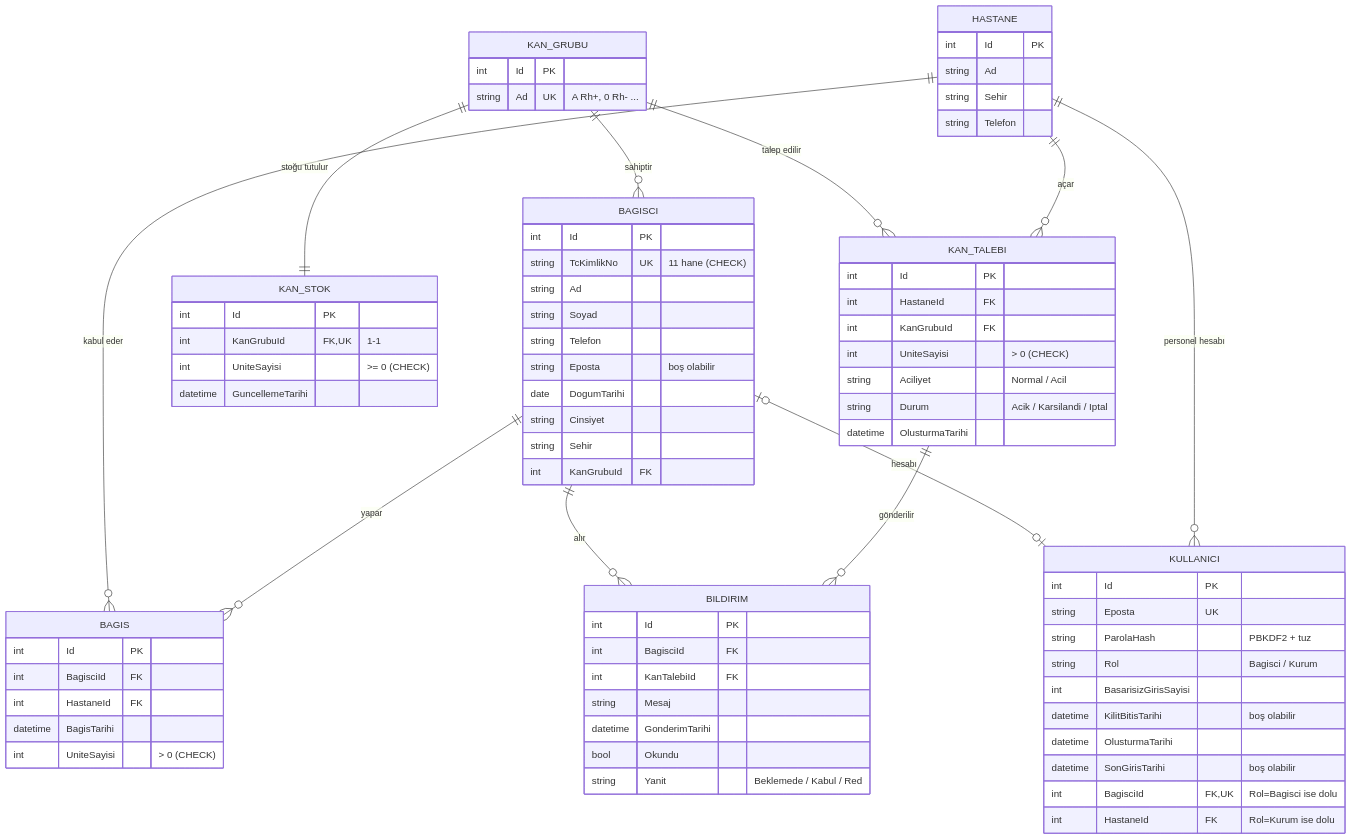
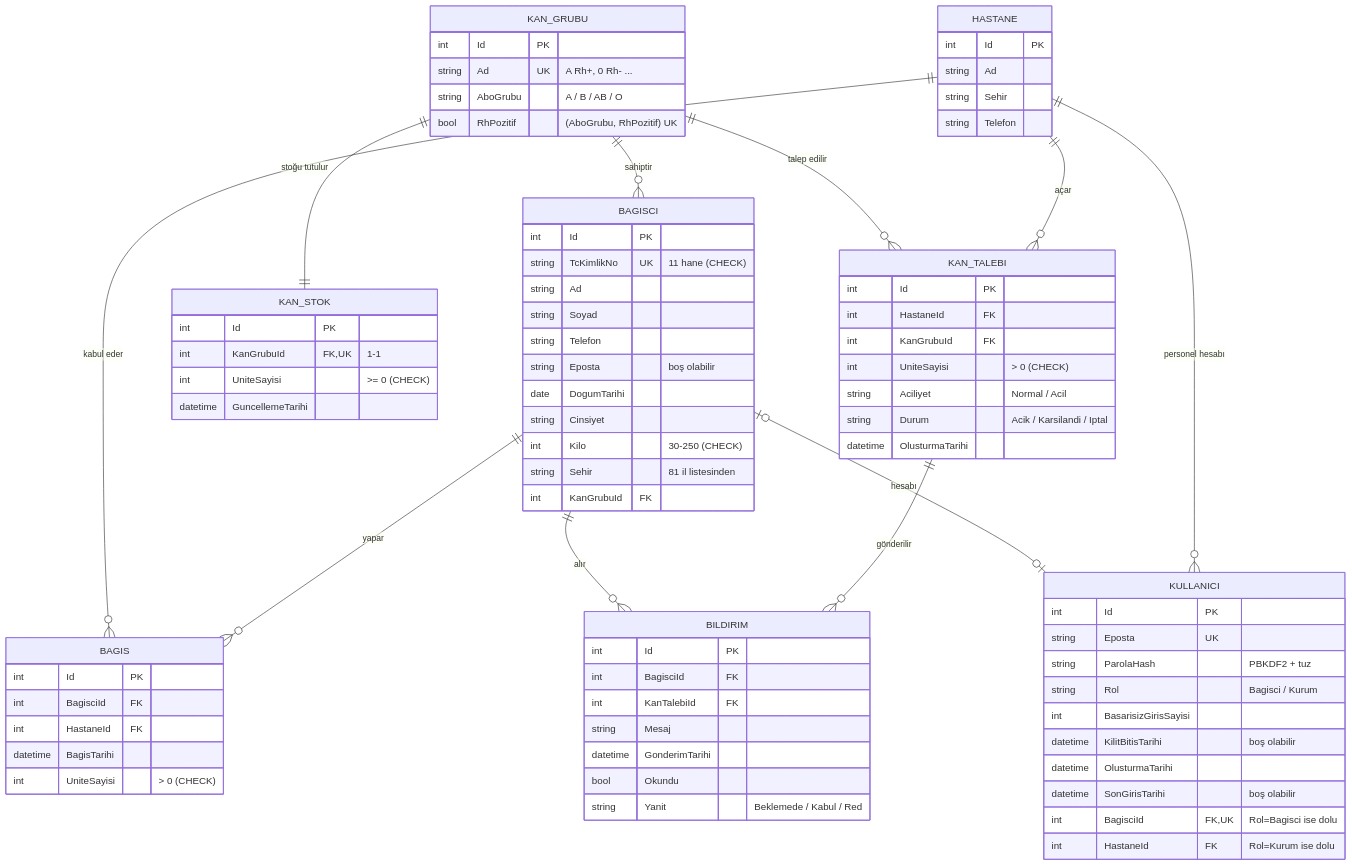
Before and after one commit to simsekdilan93-dot/kanbag-s-yonetimivebag-sc-eslestirme-: the diagram in docs/ER-Diyagrami.md, drawn with Mermaid. The commit also changed other lines of this file and 42 other files, not shown here.

```diff
--- a/docs/ER-Diyagrami.md
+++ b/docs/ER-Diyagrami.md
@@ -16,6 +16,8 @@
     KAN_GRUBU {
         int Id PK
         string Ad UK "A Rh+, 0 Rh- ..."
+        string AboGrubu "A / B / AB / O"
+        bool RhPozitif "(AboGrubu, RhPozitif) UK"
     }
 
     BAGISCI {
@@ -27,7 +29,8 @@
         string Eposta "boş olabilir"
         date DogumTarihi
         string Cinsiyet
-        string Sehir
+        int Kilo "30-250 (CHECK)"
+        string Sehir "81 il listesinden"
         int KanGrubuId FK
     }
 
```
